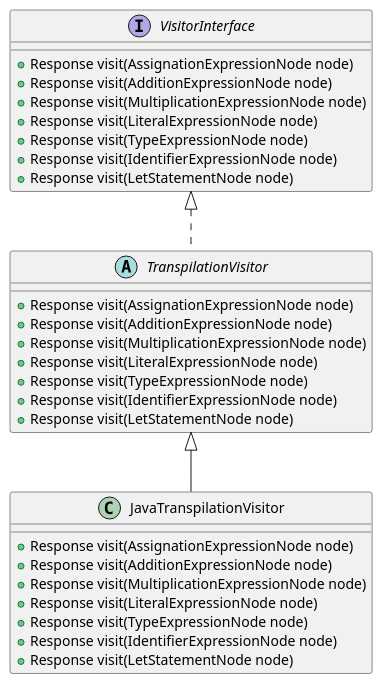
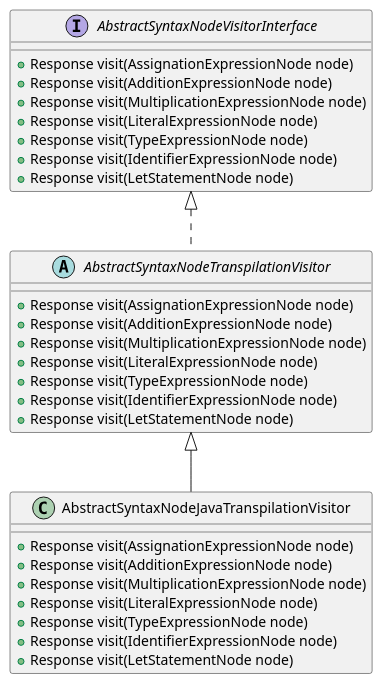
Before and after one commit to IngsisPrintScript/PrintScript: the diagram in src/main/java/visitors/VisitorDiagram.puml, drawn with PlantUML. The commit also changed 6 other files, not shown here.

Commit message:
Implemented the ASNodeJavaTranspilationVisitor

```diff
--- a/src/main/java/visitors/VisitorDiagram.puml
+++ b/src/main/java/visitors/VisitorDiagram.puml
@@ -1,31 +1,31 @@
 @startuml
 'https://plantuml.com/class-diagram
 
-interface VisitorInterface{
+interface AbstractSyntaxNodeVisitorInterface{
     + Response visit(AssignationExpressionNode node)
     + Response visit(AdditionExpressionNode node)
     + Response visit(MultiplicationExpressionNode node)
     + Response visit(LiteralExpressionNode node)
     + Response visit(TypeExpressionNode node)
     + Response visit(IdentifierExpressionNode node)
     + Response visit(LetStatementNode node)
 }
-abstract class TranspilationVisitor implements VisitorInterface{
+abstract class AbstractSyntaxNodeTranspilationVisitor implements AbstractSyntaxNodeVisitorInterface{
     + Response visit(AssignationExpressionNode node)
     + Response visit(AdditionExpressionNode node)
     + Response visit(MultiplicationExpressionNode node)
     + Response visit(LiteralExpressionNode node)
     + Response visit(TypeExpressionNode node)
     + Response visit(IdentifierExpressionNode node)
     + Response visit(LetStatementNode node)
 }
-class JavaTranspilationVisitor extends TranspilationVisitor{
+class AbstractSyntaxNodeJavaTranspilationVisitor extends AbstractSyntaxNodeTranspilationVisitor{
     + Response visit(AssignationExpressionNode node)
     + Response visit(AdditionExpressionNode node)
     + Response visit(MultiplicationExpressionNode node)
     + Response visit(LiteralExpressionNode node)
     + Response visit(TypeExpressionNode node)
     + Response visit(IdentifierExpressionNode node)
     + Response visit(LetStatementNode node)
 }
 @enduml
```
